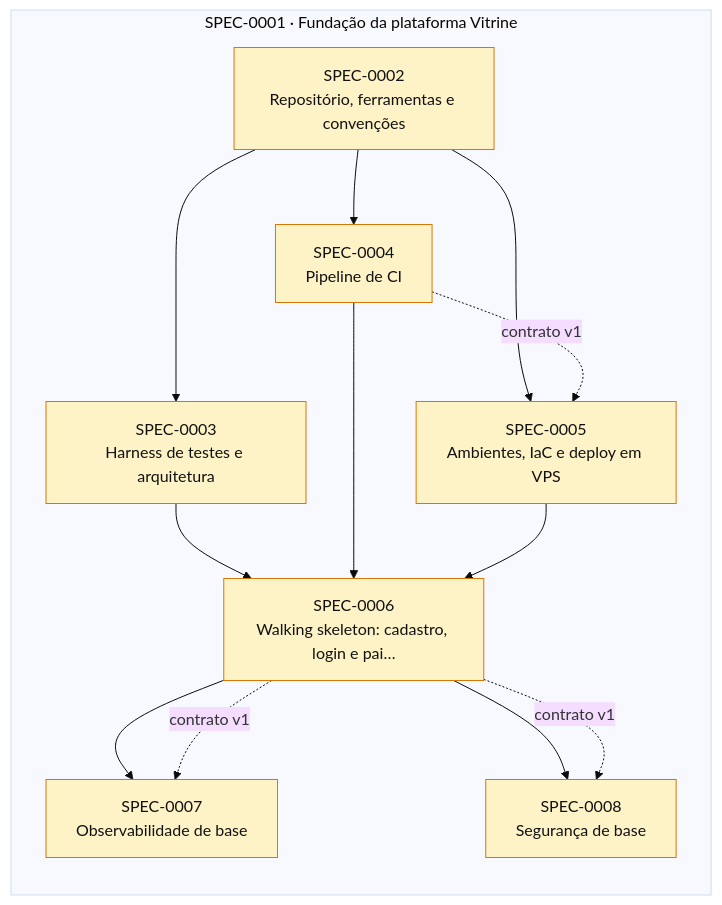
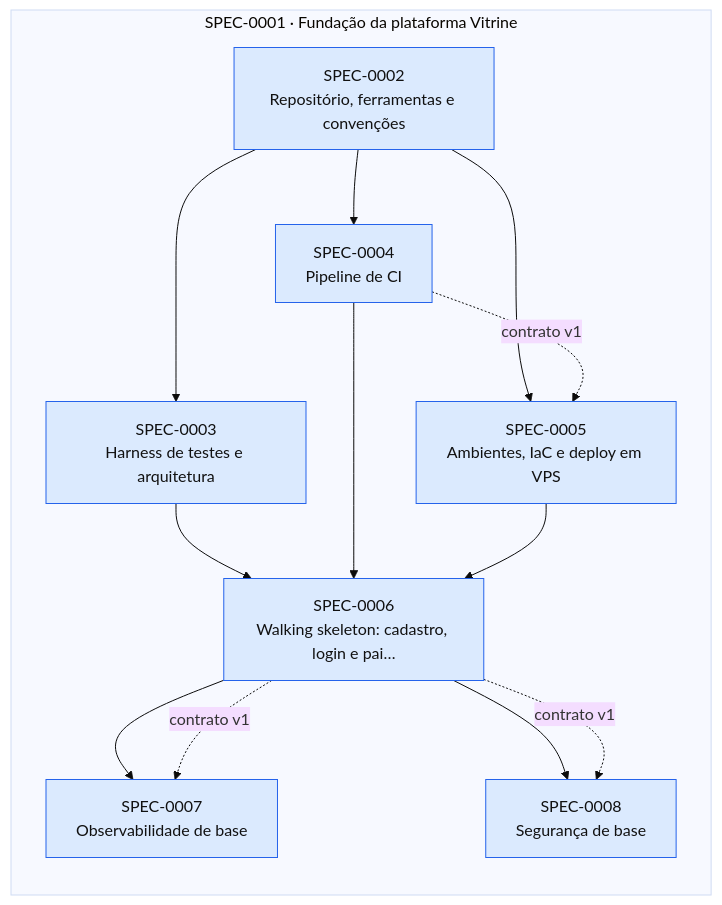
One commit to thomasravache/vitrine changed the diagram in docs/specs/INDEX.md. Above: the diagram before and after it, drawn with Mermaid (base theme). The commit also changed other lines of this file and 23 other files, not shown here.

````diff
--- a/docs/specs/INDEX.md
+++ b/docs/specs/INDEX.md
@@ -62,28 +62,28 @@
 ```mermaid
 flowchart LR
   subgraph E0001["SPEC-0001 · Fundação da plataforma Vitrine"]
-    S0002["SPEC-0002<br/>Repositório, ferramentas e convenções"]:::proposed
-    S0003["SPEC-0003<br/>Harness de testes e arquitetura"]:::proposed
-    S0004["SPEC-0004<br/>Pipeline de CI"]:::proposed
-    S0005["SPEC-0005<br/>Ambientes, IaC e deploy em VPS"]:::proposed
-    S0006["SPEC-0006<br/>Walking skeleton: cadastro, login e pai…"]:::proposed
-    S0007["SPEC-0007<br/>Observabilidade de base"]:::proposed
-    S0008["SPEC-0008<br/>Segurança de base"]:::proposed
+    S0002["SPEC-0002<br/>Repositório, ferramentas e convenções"]:::approved
+    S0003["SPEC-0003<br/>Harness de testes e arquitetura"]:::approved
+    S0004["SPEC-0004<br/>Pipeline de CI"]:::approved
+    S0005["SPEC-0005<br/>Ambientes, IaC e deploy em VPS"]:::approved
+    S0006["SPEC-0006<br/>Walking skeleton: cadastro, login e pai…"]:::approved
+    S0007["SPEC-0007<br/>Observabilidade de base"]:::approved
+    S0008["SPEC-0008<br/>Segurança de base"]:::approved
   end
   S0002 --> S0003
   S0002 --> S0004
   S0002 --> S0005
   S0004 -. contrato v1 .-> S0005
   S0003 --> S0006
   S0004 --> S0006
   S0005 --> S0006
   S0006 --> S0007
   S0006 -. contrato v1 .-> S0007
   S0006 --> S0008
   S0006 -. contrato v1 .-> S0008
   classDef proposed fill:#fef3c7,stroke:#d97706,color:#111
   classDef approved fill:#dbeafe,stroke:#2563eb,color:#111
   classDef inprogress fill:#ede9fe,stroke:#7c3aed,color:#111
   classDef implemented fill:#dcfce7,stroke:#16a34a,color:#111
   classDef deprecated fill:#f3f4f6,stroke:#9ca3af,color:#6b7280
 ```
````
